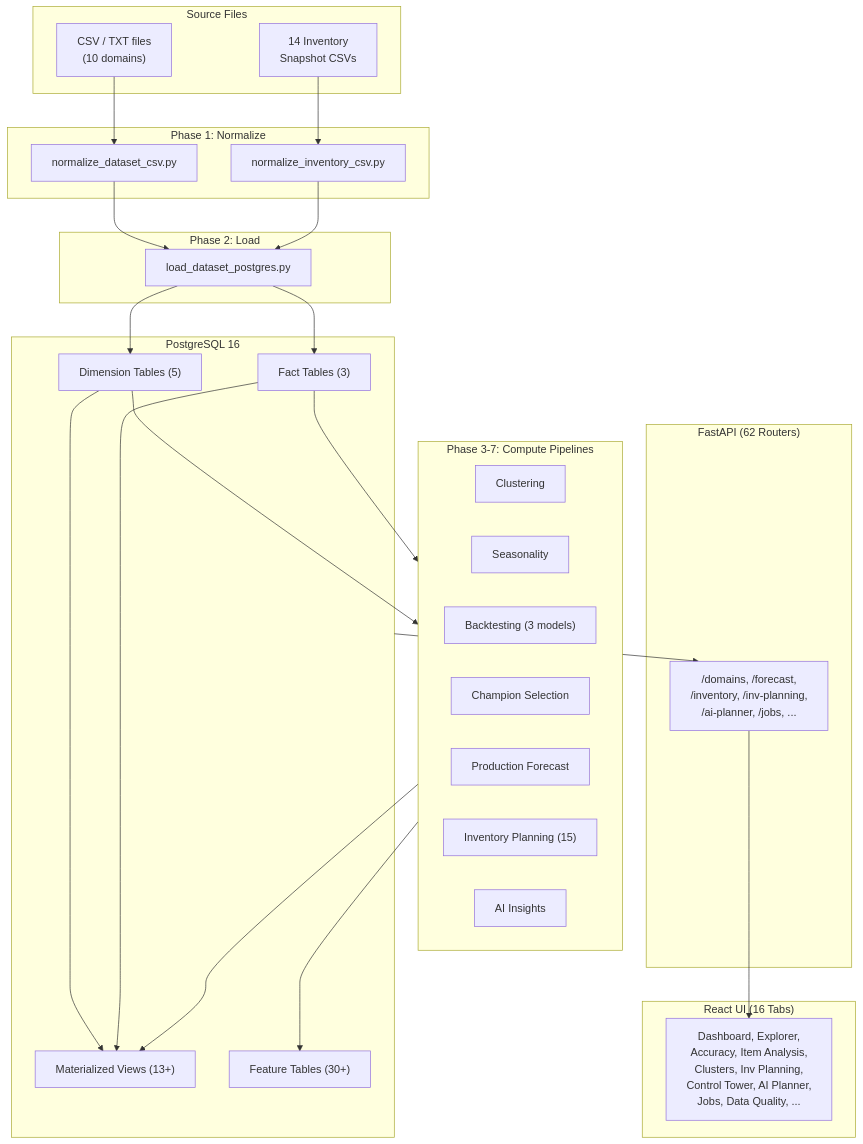
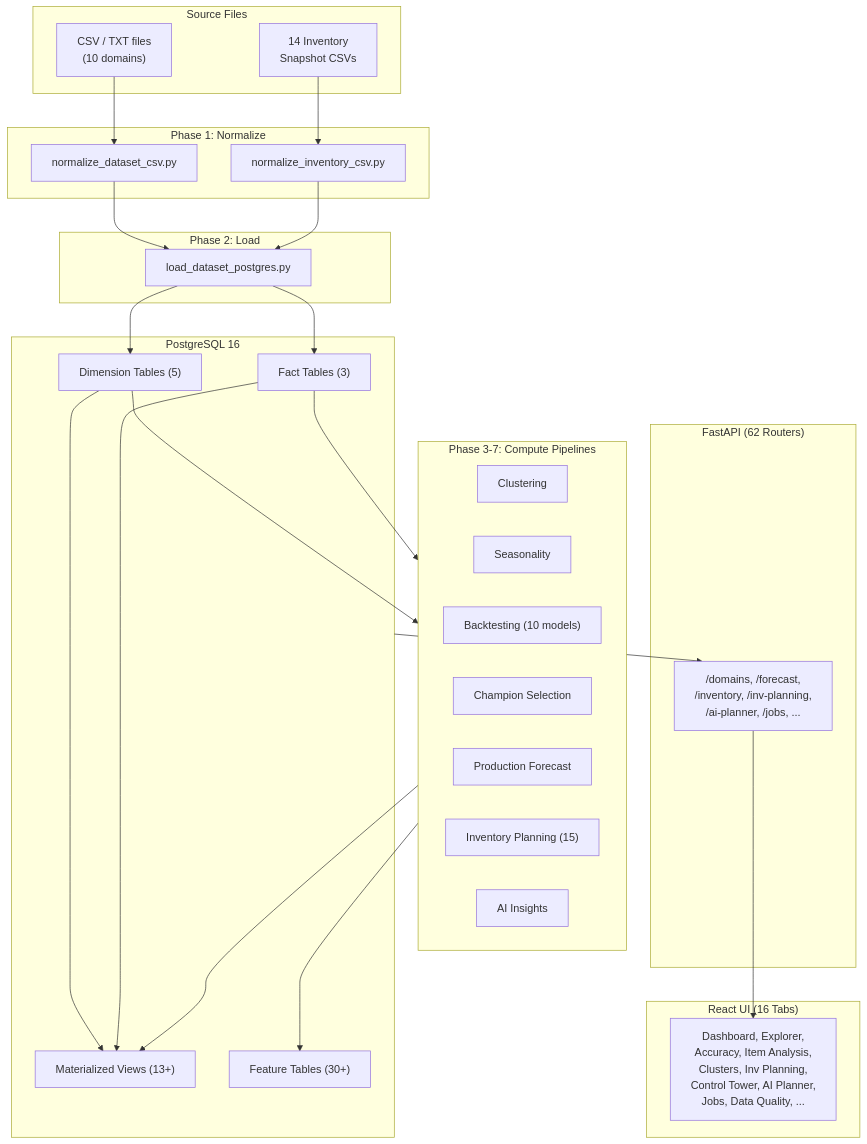
One commit to chidammano-hash/DemandProject changed the first of 4 diagrams in docs/ARCHITECTURE.md. Above: the diagram before and after it, drawn with Mermaid. The commit also changed other lines of this file and 26 other files, not shown here.

````diff
--- a/docs/ARCHITECTURE.md
+++ b/docs/ARCHITECTURE.md
@@ -29,49 +29,49 @@
 ```mermaid
 flowchart TD
     subgraph SRC["Source Files"]
         CSV["CSV / TXT files<br/>(10 domains)"]
         INV["14 Inventory<br/>Snapshot CSVs"]
     end
 
     subgraph NORM["Phase 1: Normalize"]
         N1["normalize_dataset_csv.py"]
         N2["normalize_inventory_csv.py"]
     end
 
     subgraph LOAD["Phase 2: Load"]
         L1["load_dataset_postgres.py"]
     end
 
     subgraph PG["PostgreSQL 16"]
         DIM["Dimension Tables (5)"]
         FACT["Fact Tables (3)"]
         MV["Materialized Views (13+)"]
         FEAT["Feature Tables (30+)"]
     end
 
     subgraph COMPUTE["Phase 3-7: Compute Pipelines"]
         CL["Clustering"]
         SEAS["Seasonality"]
-        BT["Backtesting (3 models)"]
+        BT["Backtesting (10 models)"]
         CHAMP["Champion Selection"]
         PROD["Production Forecast"]
         INVP["Inventory Planning (15)"]
         AI["AI Insights"]
     end
 
     subgraph API["FastAPI (62 Routers)"]
         REST["/domains, /forecast,<br/>/inventory, /inv-planning,<br/>/ai-planner, /jobs, ..."]
     end
 
     subgraph UI["React UI (16 Tabs)"]
         TABS["Dashboard, Explorer,<br/>Accuracy, Item Analysis,<br/>Clusters, Inv Planning,<br/>Control Tower, AI Planner,<br/>Jobs, Data Quality, ..."]
     end
 
     CSV --> N1 --> L1
     INV --> N2 --> L1
     L1 --> DIM & FACT
     DIM & FACT --> MV
     DIM & FACT --> COMPUTE
     COMPUTE --> FEAT & MV
     PG --> REST --> TABS
 ```
````
